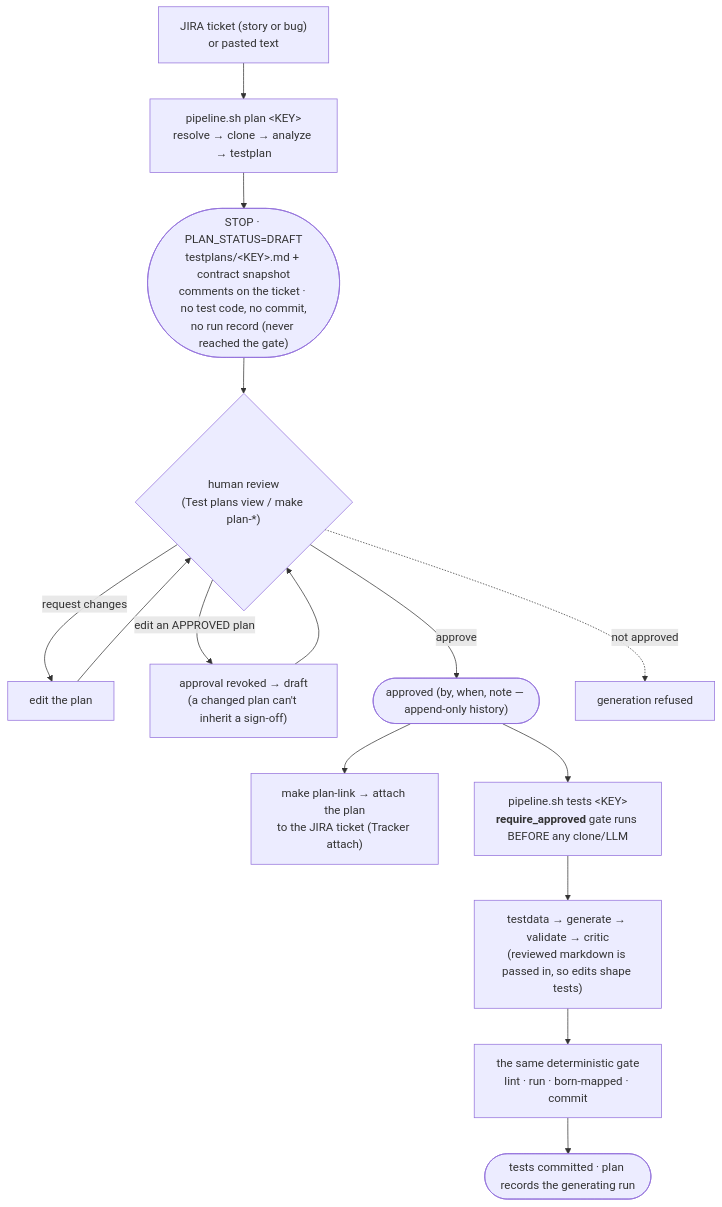
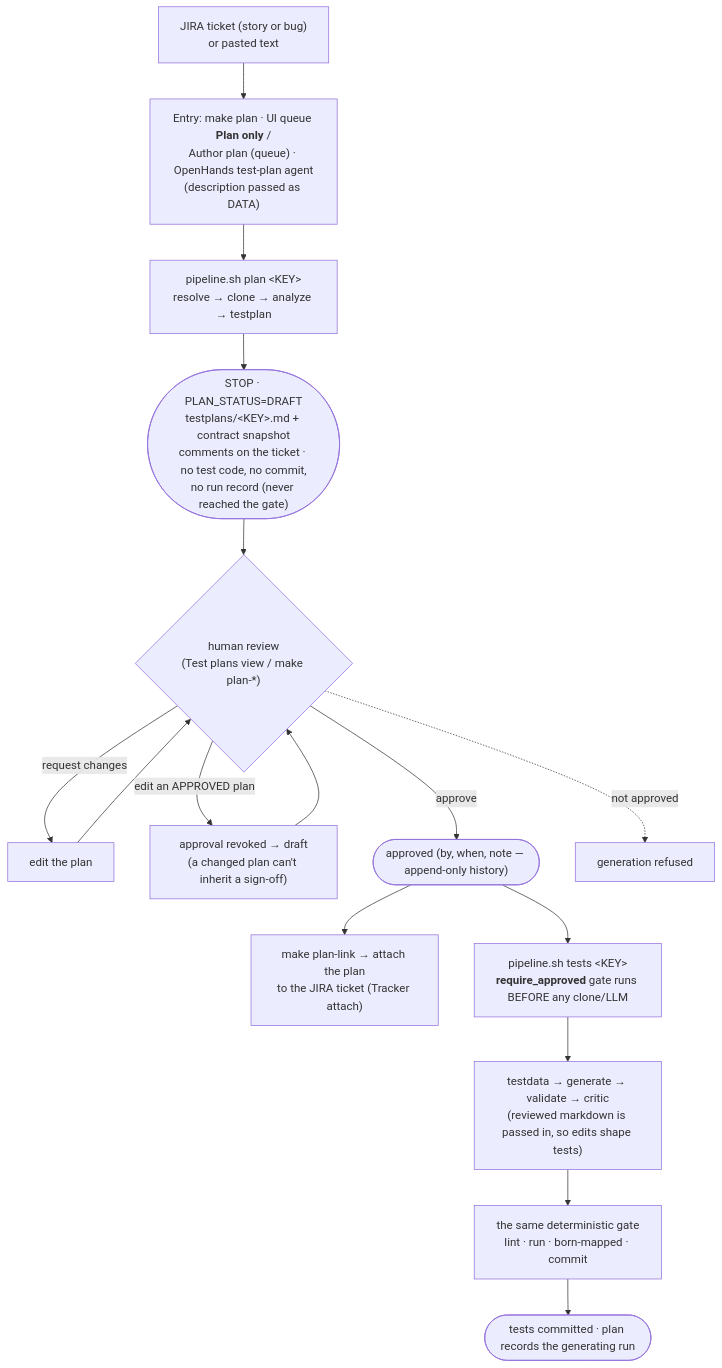
One commit to anandtopu/auto-tests-gen changed diagram 14 of 15 in docs/diagrams.md. Above: the diagram before and after it, drawn with Mermaid. The commit also changed other lines of this file and 53 other files, not shown here.

````diff
--- a/docs/diagrams.md
+++ b/docs/diagrams.md
@@ -394,17 +394,17 @@
 ```mermaid
 flowchart TD
-    T["JIRA ticket (story or bug)<br/>or pasted text"] --> P1["pipeline.sh plan &lt;KEY&gt;<br/>resolve → clone → analyze → testplan"]
+    T["JIRA ticket (story or bug)<br/>or pasted text"] --> ENTRY["Entry: make plan · UI queue <b>Plan only</b> /<br/>Author plan (queue) · OpenHands test-plan agent<br/>(description passed as DATA)"] --> P1["pipeline.sh plan &lt;KEY&gt;<br/>resolve → clone → analyze → testplan"]
     P1 --> STOP(["STOP · PLAN_STATUS=DRAFT<br/>testplans/&lt;KEY&gt;.md + contract snapshot<br/>comments on the ticket · no test code, no commit,<br/>no run record (never reached the gate)"])
     STOP --> RV{"human review<br/>(Test plans view / make plan-*)"}
     RV -- "request changes" --> ED["edit the plan"]
     ED --> RV
     RV -- "edit an APPROVED plan" --> REVOKE["approval revoked → draft<br/>(a changed plan can't inherit a sign-off)"]
     REVOKE --> RV
     RV -- approve --> AP(["approved (by, when, note — append-only history)"])
     AP --> LINK["make plan-link → attach the plan<br/>to the JIRA ticket (Tracker attach)"]
     AP --> GEN["pipeline.sh tests &lt;KEY&gt;<br/><b>require_approved</b> gate runs BEFORE any clone/LLM"]
     GEN --> PH["testdata → generate → validate → critic<br/>(reviewed markdown is passed in, so edits shape tests)"]
     PH --> GATE["the same deterministic gate<br/>lint · run · born-mapped · commit"]
     GATE --> DONE(["tests committed · plan records the generating run"])
     RV -. "not approved" .-> BLOCK["generation refused"]
 ```
````
